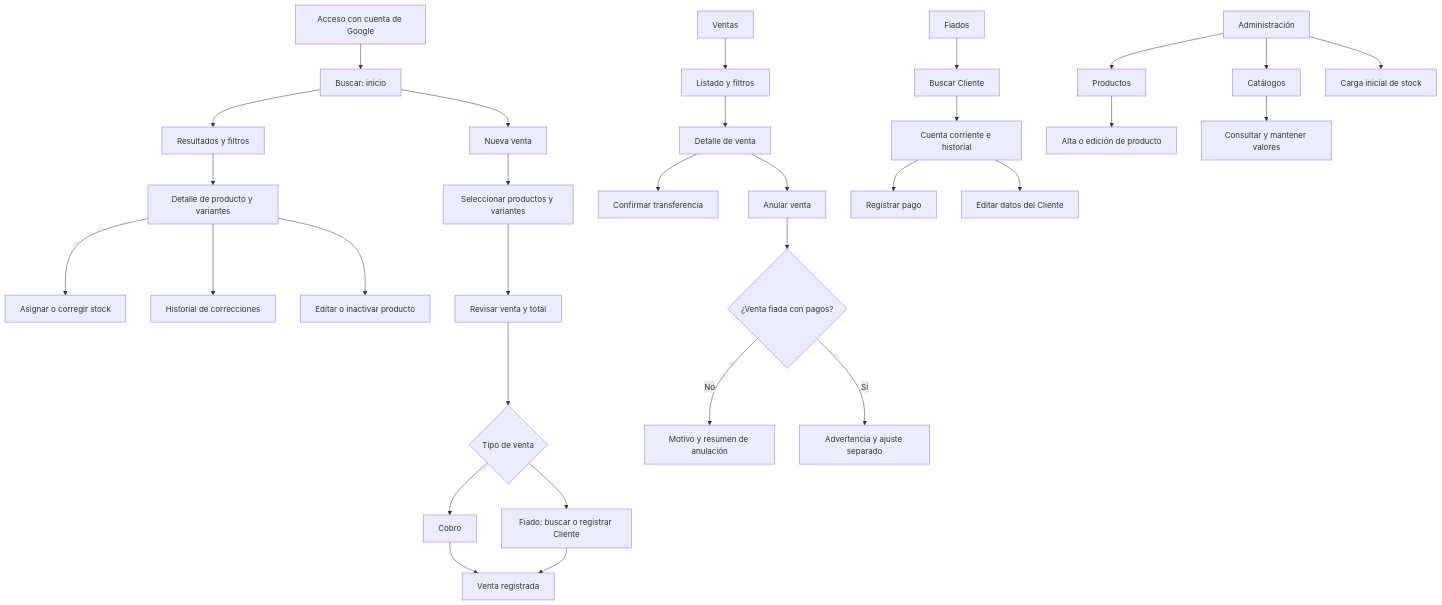
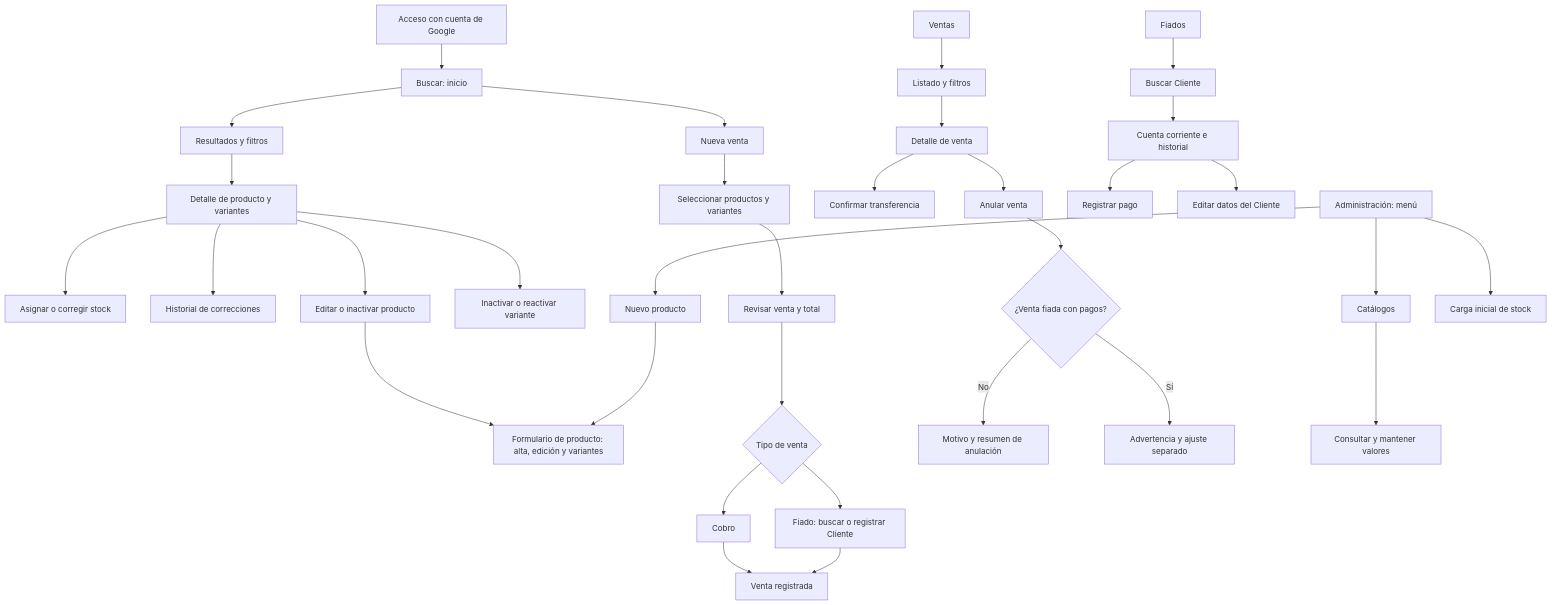
One commit to benitezluciano/dulce-espera-sistema changed the diagram in docs/09-interfaz-usuario.md. Above: the diagram before and after it, drawn with Mermaid. The commit also changed other lines of this file and 5 other files, not shown here.

First line of the commit message:
docs(UI-03): redactar ficha de alta y edición de producto e inactivación de variantes

````diff
--- a/docs/09-interfaz-usuario.md
+++ b/docs/09-interfaz-usuario.md
@@ -55,33 +56,35 @@
 ```mermaid
 flowchart TD
     A[Acceso con cuenta de Google] --> B[Buscar: inicio]
     B --> C[Resultados y filtros]
     C --> D[Detalle de producto y variantes]
     D --> E[Asignar o corregir stock]
     D --> F[Historial de correcciones]
     D --> G[Editar o inactivar producto]
+    D --> AO[Inactivar o reactivar variante]
+    G --> AK[Formulario de producto: alta, edición y variantes]
     B --> H[Nueva venta]
     H --> I[Seleccionar productos y variantes]
     I --> J[Revisar venta y total]
     J --> K{Tipo de venta}
     K --> L[Cobro]
     K --> M[Fiado: buscar o registrar Cliente]
     L --> N[Venta registrada]
     M --> N
     V[Ventas] --> W[Listado y filtros]
     W --> X[Detalle de venta]
     X --> Y[Confirmar transferencia]
     X --> Z[Anular venta]
     Z --> AA{¿Venta fiada con pagos?}
     AA -->|No| AB[Motivo y resumen de anulación]
     AA -->|Sí| AC[Advertencia y ajuste separado]
     AD[Fiados] --> AE[Buscar Cliente]
     AE --> AF[Cuenta corriente e historial]
     AF --> AG[Registrar pago]
     AF --> AH[Editar datos del Cliente]
-    AI[Administración] --> AJ[Productos]
-    AJ --> AK[Alta o edición de producto]
+    AI[Administración: menú] --> AJ[Nuevo producto]
+    AJ --> AK
     AI --> AL[Catálogos]
     AL --> AM[Consultar y mantener valores]
     AI --> AN[Carga inicial de stock]
 ```
````
